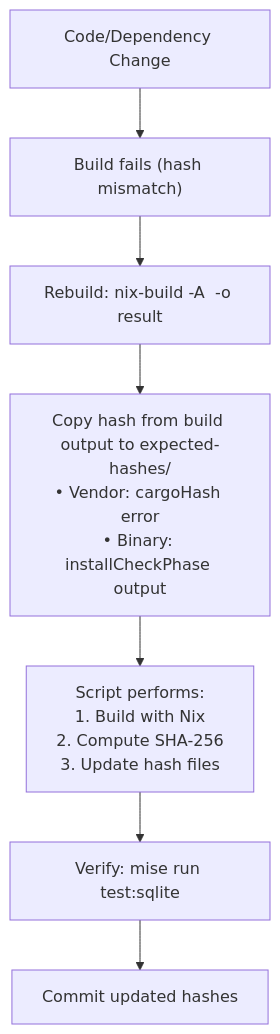
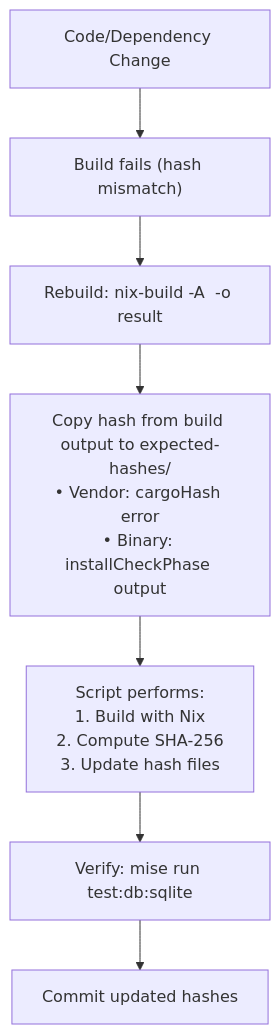
One commit to Cosmian/kms changed the fifth of 11 diagrams in nix/README.md. Above: the diagram before and after it, drawn with Mermaid. The commit also changed other lines of this file and 238 other files, not shown here.

First line of the commit message:
refactor(mise): group test tasks and declare each suite in a #SUITE header

````diff
--- a/nix/README.md
+++ b/nix/README.md
@@ -354,11 +354,11 @@
 ```mermaid
 flowchart TB
     change["Code/Dependency Change"]
     fail["Build fails (hash mismatch)"]
     rebuild["Rebuild: nix-build -A <target> -o result"]
     copy["Copy hash from build output to expected-hashes/<br/>• Vendor: cargoHash error<br/>• Binary: installCheckPhase output"]
     script["Script performs:<br/>1. Build with Nix<br/>2. Compute SHA-256<br/>3. Update hash files"]
-    verify["Verify: mise run test:sqlite"]
+    verify["Verify: mise run test:db:sqlite"]
     commit["Commit updated hashes"]
     change --> fail --> rebuild --> copy --> script --> verify --> commit
 ```
````
